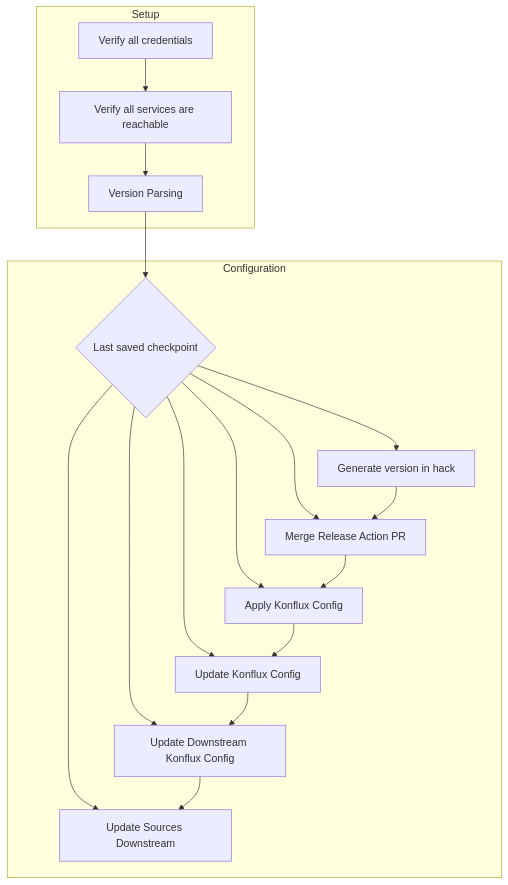
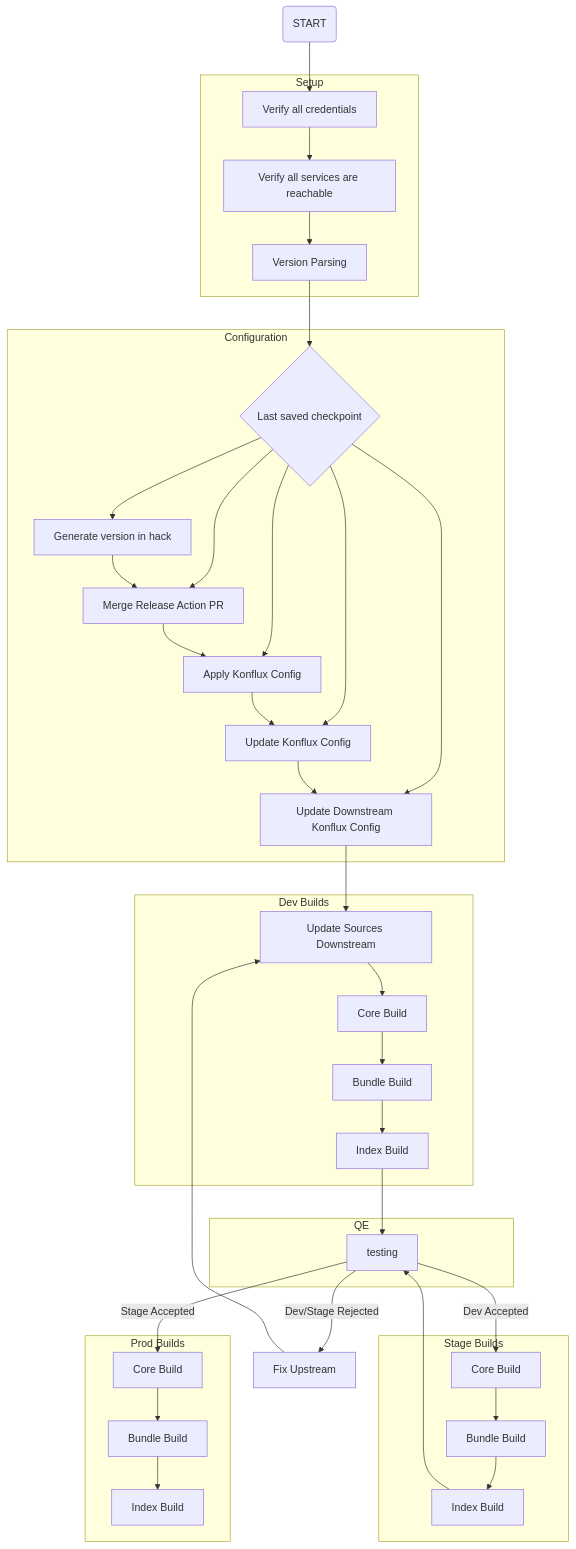
Before and after one commit to theakshaypant/osp-rc-tools: the tenth of 10 diagrams in cra/Release Steps.md, drawn with Mermaid. The commit also changed other lines of this file, not shown here.

Commit message:
docs(CRA): added build stage and e2e graph WIP

````diff
--- a/cra/Release Steps.md
+++ b/cra/Release Steps.md
@@ -229,25 +346,59 @@
 ```mermaid
 flowchart TD
+  start(START)
+
   subgraph setup[Setup]
     verify_creds[Verify all credentials] --> verify_services[Verify all services are reachable]
     verify_services --> version_parsing[Version Parsing]
   end
+
+  start --> verify_creds
+
 
   subgraph config[Configuration]
     version_parsing --> checkpoint{Last saved checkpoint}
     checkpoint --> hack_ver_gen[Generate version in hack]
     checkpoint --> merge_release_action[Merge Release Action PR]
     checkpoint --> update_konflux_config[Update Konflux Config]
     checkpoint --> apply_konf_config[Apply Konflux Config]
     checkpoint --> ds_update_konf_config[Update Downstream Konflux Config]
-    checkpoint --> ds_update_source[Update Sources Downstream]
     
     hack_ver_gen --> merge_release_action
     merge_release_action --> apply_konf_config
     apply_konf_config --> update_konflux_config
     update_konflux_config --> ds_update_konf_config
-    ds_update_konf_config --> ds_update_source
   end
+
+  subgraph dev[Dev Builds]
+    ds_update_source[Update Sources Downstream] --> dev_core[Core Build]
+    dev_core --> dev_bundle[Bundle Build]
+    dev_bundle --> dev_index[Index Build]
+  end
+
+  ds_update_konf_config --> ds_update_source
+
+  subgraph QE
+    testing
+  end
+
+  dev_index --> testing
+  testing --> |Dev/Stage Rejected| fix_upstream[Fix Upstream]
+  fix_upstream --> ds_update_source
+
+  subgraph stage[Stage Builds]
+    stage_core[Core Build]
+    stage_core --> stage_bundle[Bundle Build]
+    stage_bundle --> stage_index[Index Build]
+  end
+
+  testing --> |Dev Accepted| stage_core
+  stage_index --> testing
   
+  subgraph prod[Prod Builds]
+    prod_core[Core Build]
+    prod_core --> prod_bundle[Bundle Build]
+    prod_bundle --> prod_index[Index Build]
+  end
 
+  testing --> |Stage Accepted| prod_core
 ```
````
